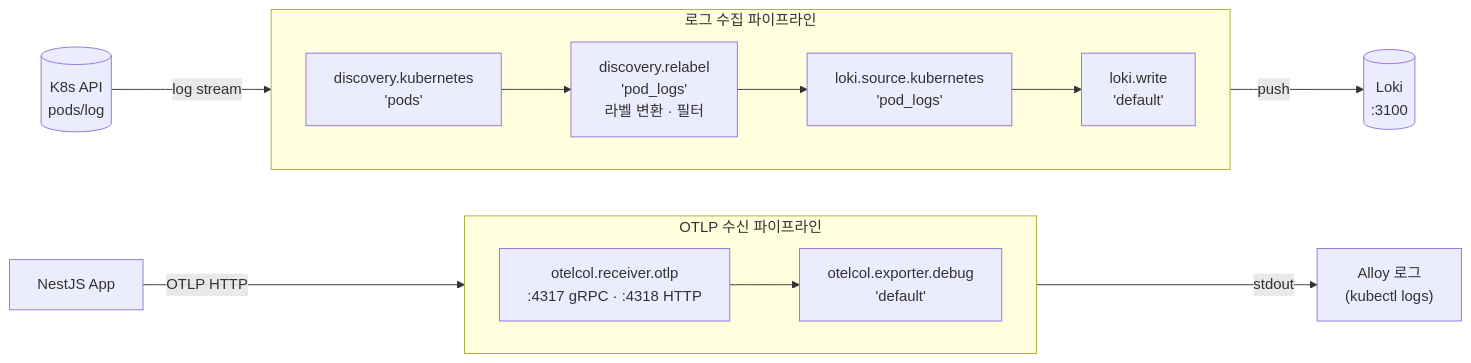
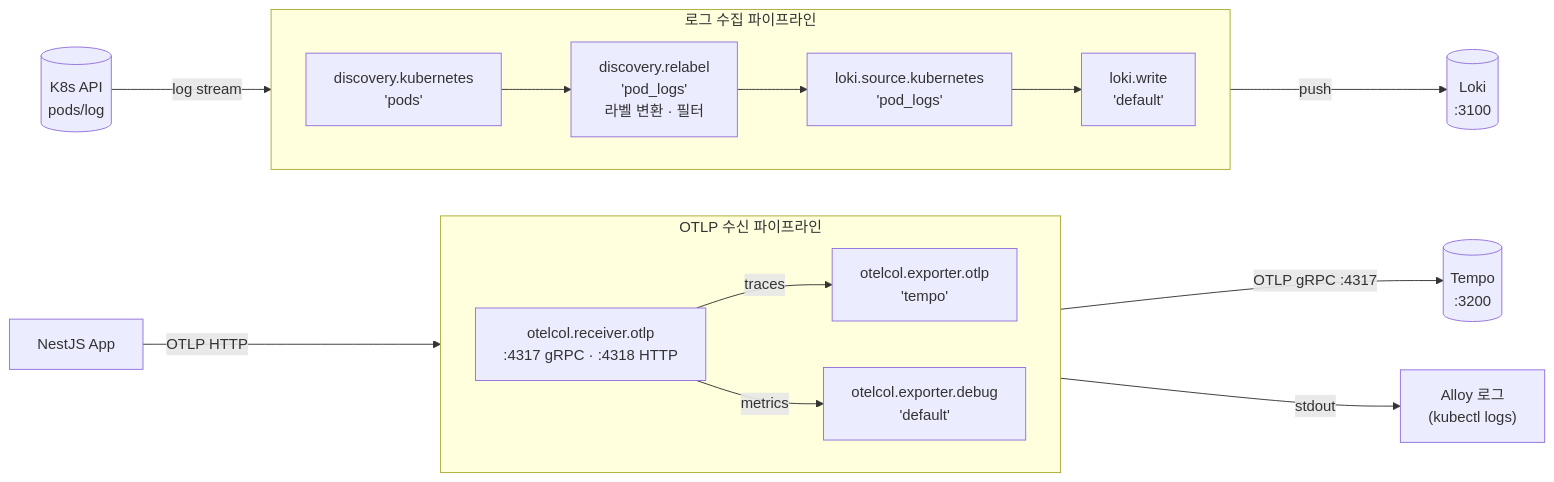
One commit to shhan-ops/sigmon-tutorial changed the fifth of 6 diagrams in README.md. Above: the diagram before and after it, drawn with Mermaid. The commit also changed other lines of this file, not shown here.

````diff
--- a/README.md
+++ b/README.md
@@ -325,24 +399,27 @@
 ```mermaid
 flowchart LR
     subgraph LOG["로그 수집 파이프라인"]
         direction LR
         D1["discovery.kubernetes\n'pods'"]
         D2["discovery.relabel\n'pod_logs'\n라벨 변환 · 필터"]
         D3["loki.source.kubernetes\n'pod_logs'"]
         D4["loki.write\n'default'"]
         D1 --> D2 --> D3 --> D4
     end
 
     subgraph OTLP["OTLP 수신 파이프라인"]
         direction LR
         O1["otelcol.receiver.otlp\n:4317 gRPC · :4318 HTTP"]
+        OT["otelcol.exporter.otlp\n'tempo'"]
         O2["otelcol.exporter.debug\n'default'"]
-        O1 --> O2
+        O1 -->|"traces"| OT
+        O1 -->|"metrics"| O2
     end
 
     K8S[("K8s API\npods/log")] -->|"log stream"| D1
     D4 -->|"push"| LOKI[("Loki\n:3100")]
 
     APP["NestJS App"] -->|"OTLP HTTP"| O1
+    OT -->|"OTLP gRPC :4317"| TEMPO[("Tempo\n:3200")]
     O2 -->|"stdout"| LOG_OUT["Alloy 로그\n(kubectl logs)"]
 ```
````
